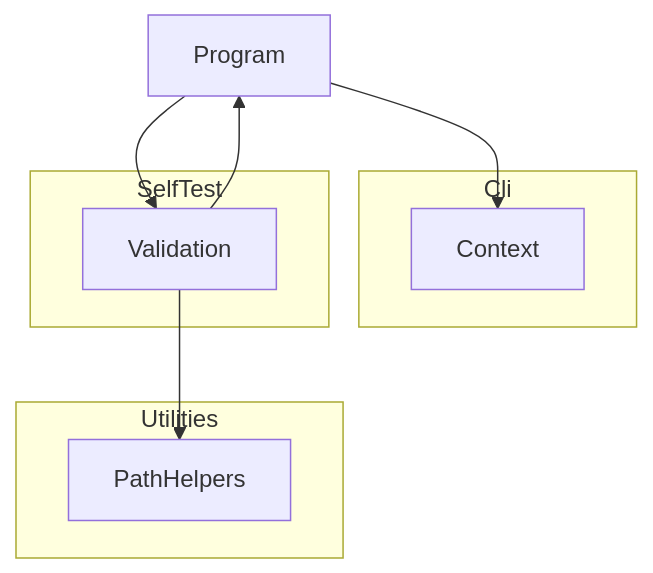
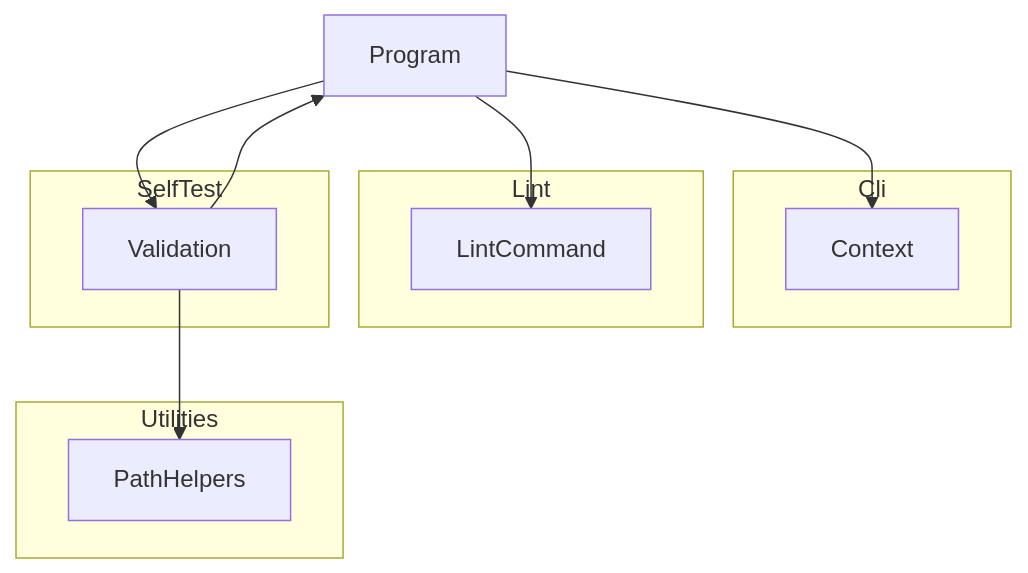
Before and after one commit to demaconsulting/SysML2Tools: the diagram in docs/design/sysml2-tools-tool.md, drawn with Mermaid. The commit also changed other lines of this file and 402 other files, not shown here.

First line of the commit message:
Add ANTLR4 parser, embed OMG stdlib, and implement lint command (#4)

````diff
--- a/docs/design/sysml2-tools-tool.md
+++ b/docs/design/sysml2-tools-tool.md
@@ -9,17 +9,21 @@
 ```mermaid
 flowchart TD
     Program
     subgraph Cli
         Context
+    end
+    subgraph Lint
+        LintCommand
     end
     subgraph SelfTest
         Validation
     end
     subgraph Utilities
         PathHelpers
     end
     Program --> Context
+    Program --> LintCommand
     Program --> Validation
     Validation --> Program
     Validation --> PathHelpers
 ```
````
